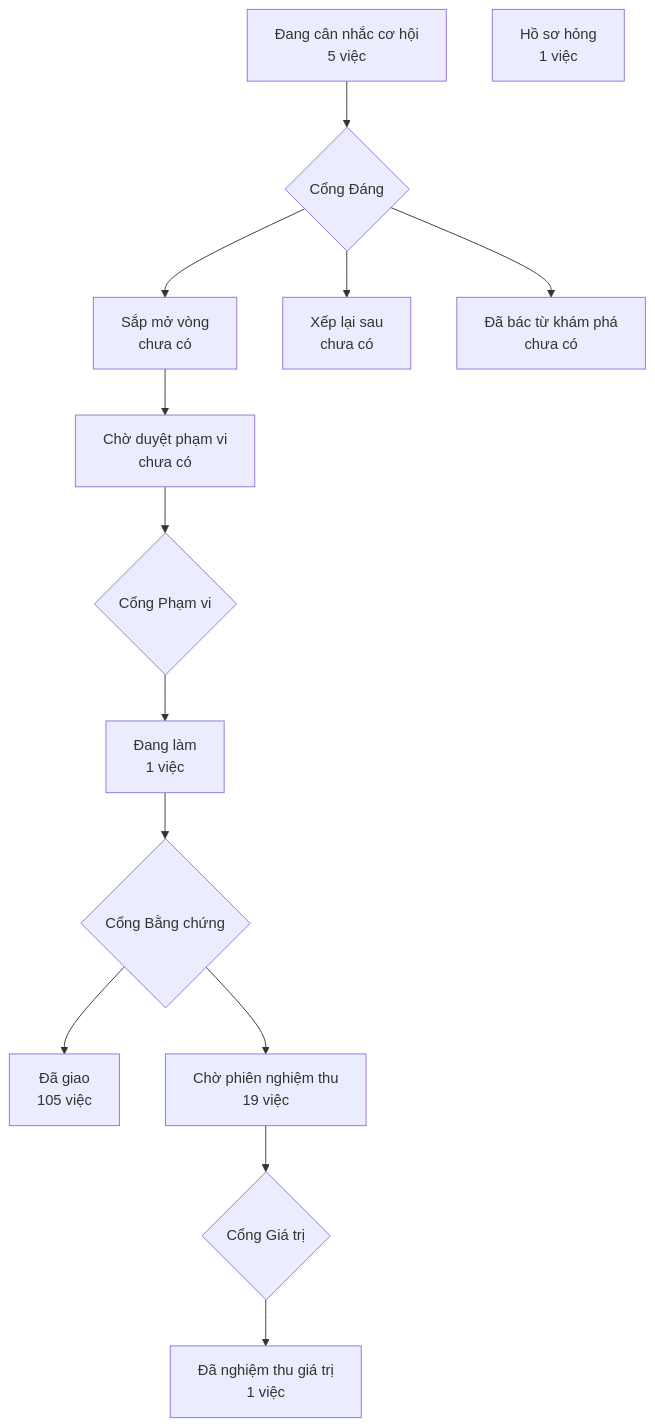
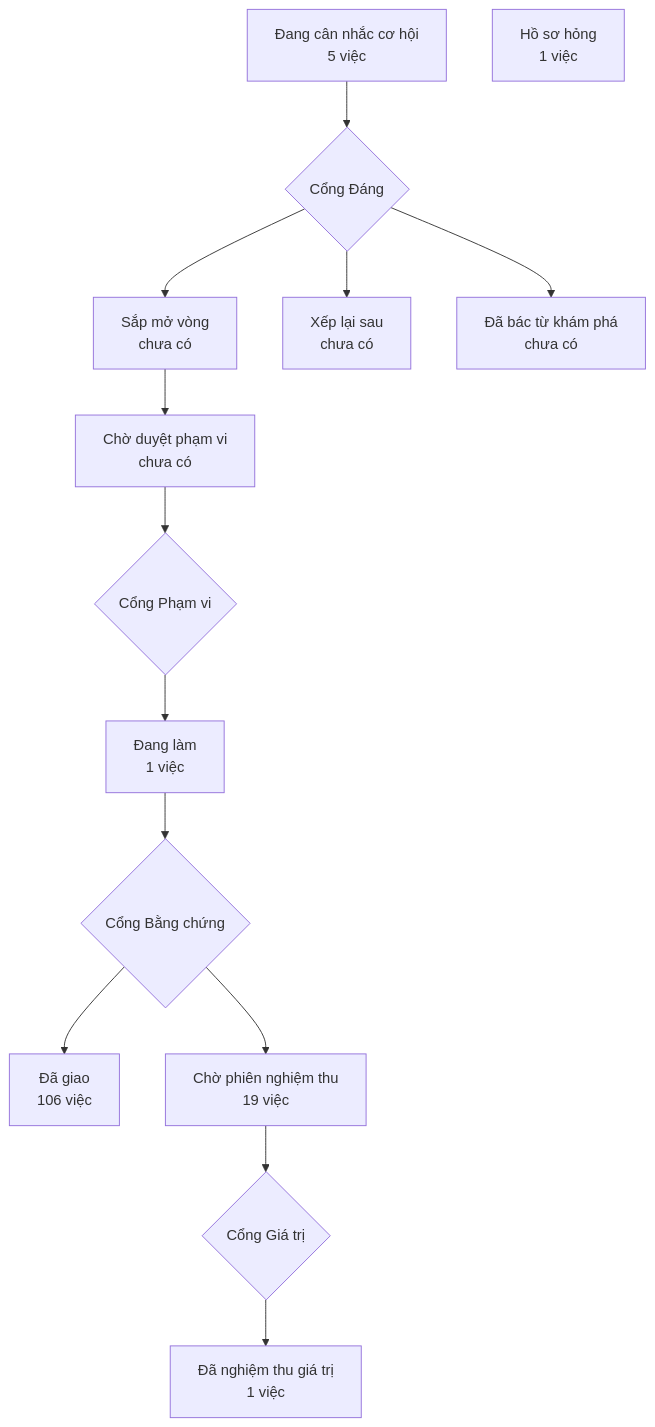
Before and after one commit to phanlemanh/crm-onehub: the diagram in PRODUCT-MAP.md, drawn with Mermaid.

Commit message:
chore: vẽ lại PRODUCT-MAP sau khi gộp onehub (#199)

````diff
--- a/PRODUCT-MAP.md
+++ b/PRODUCT-MAP.md
@@ -6,13 +6,13 @@
 ```mermaid
 flowchart TD
   A["Đang cân nhắc cơ hội<br/>5 việc"] --> GD{"Cổng Đáng"}
   GD --> B["Sắp mở vòng<br/>chưa có"]
   GD --> XL["Xếp lại sau<br/>chưa có"]
   GD --> DB["Đã bác từ khám phá<br/>chưa có"]
   B --> CD["Chờ duyệt phạm vi<br/>chưa có"] --> GP{"Cổng Phạm vi"}
   GP --> DL["Đang làm<br/>1 việc"] --> GB{"Cổng Bằng chứng"}
-  GB --> DG["Đã giao<br/>105 việc"]
+  GB --> DG["Đã giao<br/>106 việc"]
   GB --> CN["Chờ phiên nghiệm thu<br/>19 việc"] --> GG{"Cổng Giá trị"}
   GG --> NT["Đã nghiệm thu giá trị<br/>1 việc"]
   HS["Hồ sơ hỏng<br/>1 việc"]
 ```
````
